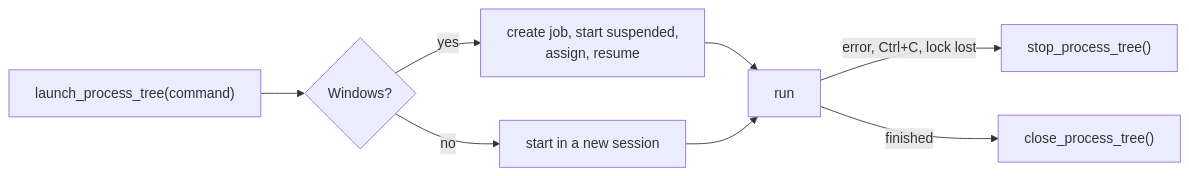
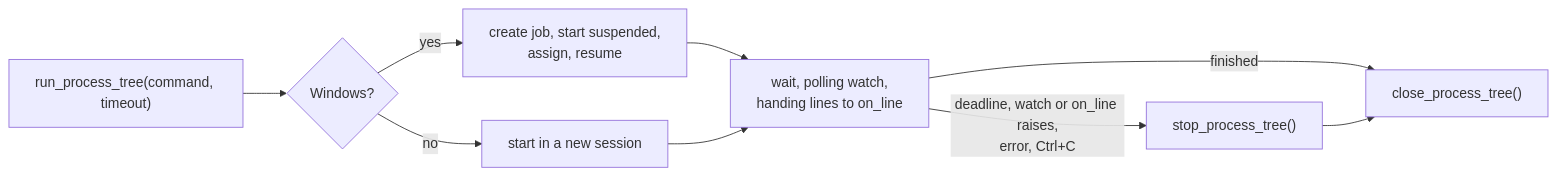
Before and after one commit to jose-villegas/autana: the diagram in docs/tools/Process-Trees.md, drawn with Mermaid. The commit also changed other lines of this file and 6 other files, not shown here.

First line of the commit message:
process_tree: review round 1 on run_process_tree (40a17)

````diff
--- a/docs/tools/Process-Trees.md
+++ b/docs/tools/Process-Trees.md
@@ -19,10 +19,11 @@
 ```mermaid
 flowchart LR
-    L["launch_process_tree(command)"] --> W{"Windows?"}
+    L["run_process_tree(command, timeout)"] --> W{"Windows?"}
     W -->|"yes"| J["create job, start suspended,<br/>assign, resume"]
     W -->|"no"| S["start in a new session"]
-    J --> R["run"]
+    J --> R["wait, polling watch,<br/>handing lines to on_line"]
     S --> R
-    R -->|"error, Ctrl+C, lock lost"| X["stop_process_tree()"]
+    R -->|"deadline, watch or on_line raises,<br/>error, Ctrl+C"| X["stop_process_tree()"]
     R -->|"finished"| C["close_process_tree()"]
+    X --> C
 ```
````
